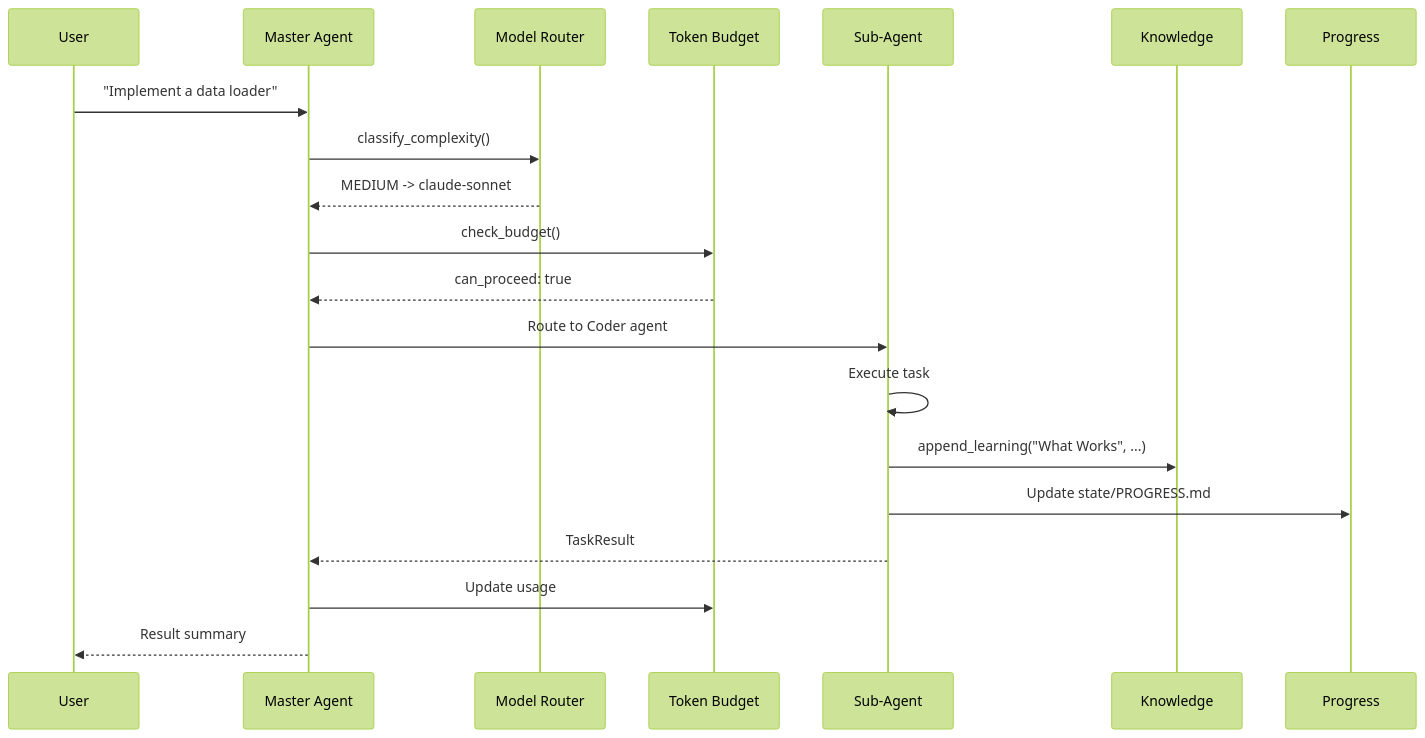
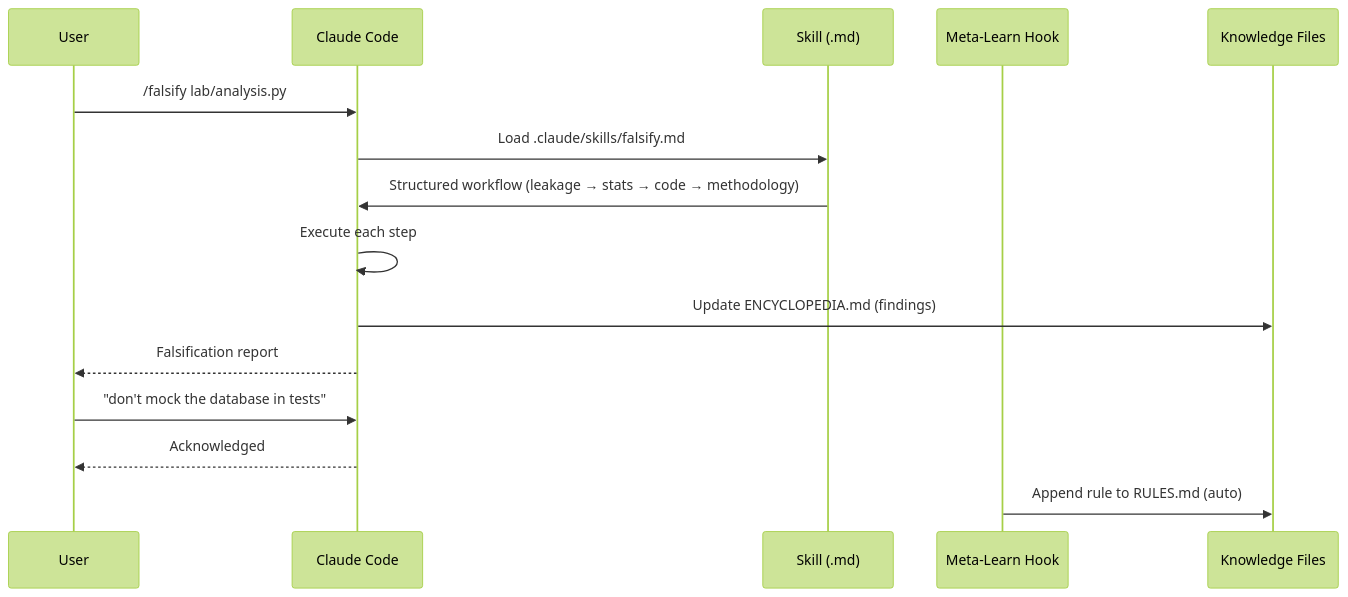
One commit to lucafusarbassini/research-automation changed the fourth of 7 diagrams in docs/site/architecture.md. Above: the diagram before and after it, drawn with Mermaid (forest theme). The commit also changed other lines of this file and 11 other files, not shown here.

````diff
--- a/docs/site/architecture.md
+++ b/docs/site/architecture.md
@@ -251,23 +255,18 @@
 ```mermaid
 sequenceDiagram
     participant U as User
-    participant M as Master Agent
-    participant R as Model Router
-    participant T as Token Budget
-    participant S as Sub-Agent
-    participant K as Knowledge
-    participant P as Progress
+    participant CC as Claude Code
+    participant SK as Skill (.md)
+    participant ML as Meta-Learn Hook
+    participant K as Knowledge Files
 
-    U->>M: "Implement a data loader"
-    M->>R: classify_complexity()
-    R-->>M: MEDIUM -> claude-sonnet
-    M->>T: check_budget()
-    T-->>M: can_proceed: true
-    M->>S: Route to Coder agent
-    S->>S: Execute task
-    S->>K: append_learning("What Works", ...)
-    S->>P: Update state/PROGRESS.md
-    S-->>M: TaskResult
-    M->>T: Update usage
-    M-->>U: Result summary
+    U->>CC: /falsify lab/analysis.py
+    CC->>SK: Load .claude/skills/falsify.md
+    SK->>CC: Structured workflow (leakage → stats → code → methodology)
+    CC->>CC: Execute each step
+    CC->>K: Update ENCYCLOPEDIA.md (findings)
+    CC-->>U: Falsification report
+    U->>CC: "don't mock the database in tests"
+    CC-->>U: Acknowledged
+    ML->>K: Append rule to RULES.md (auto)
 ```
````
